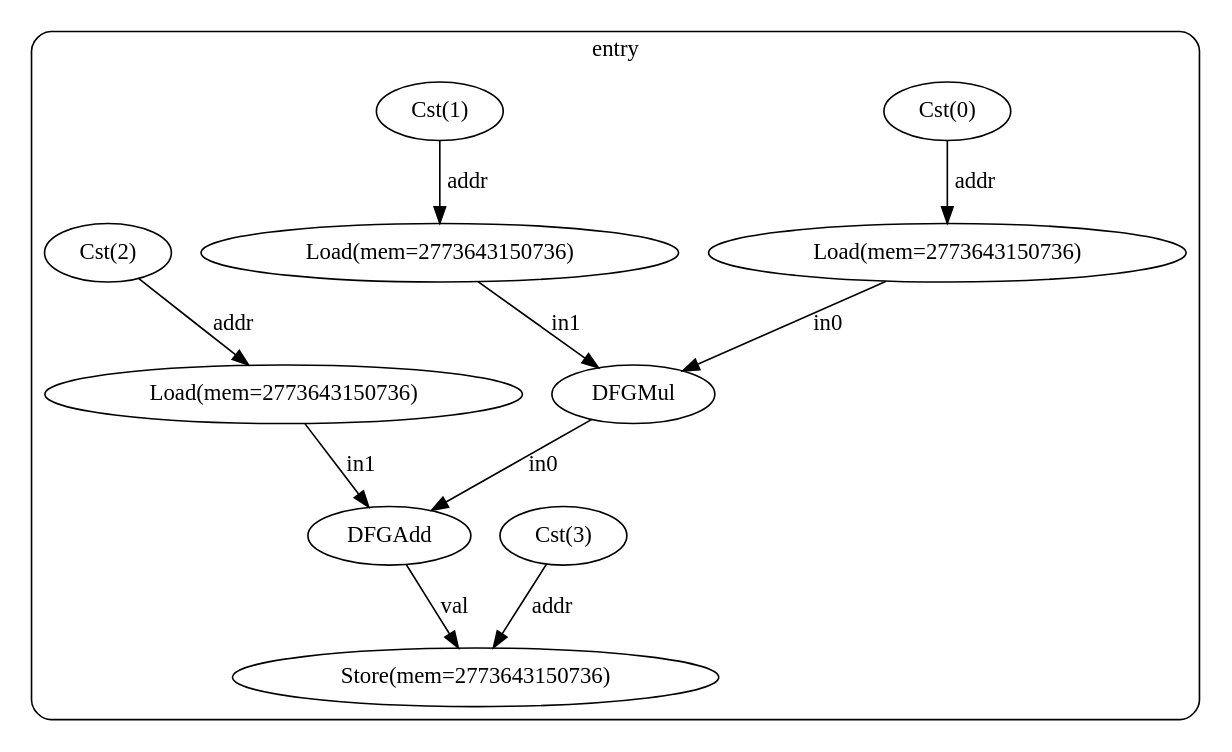
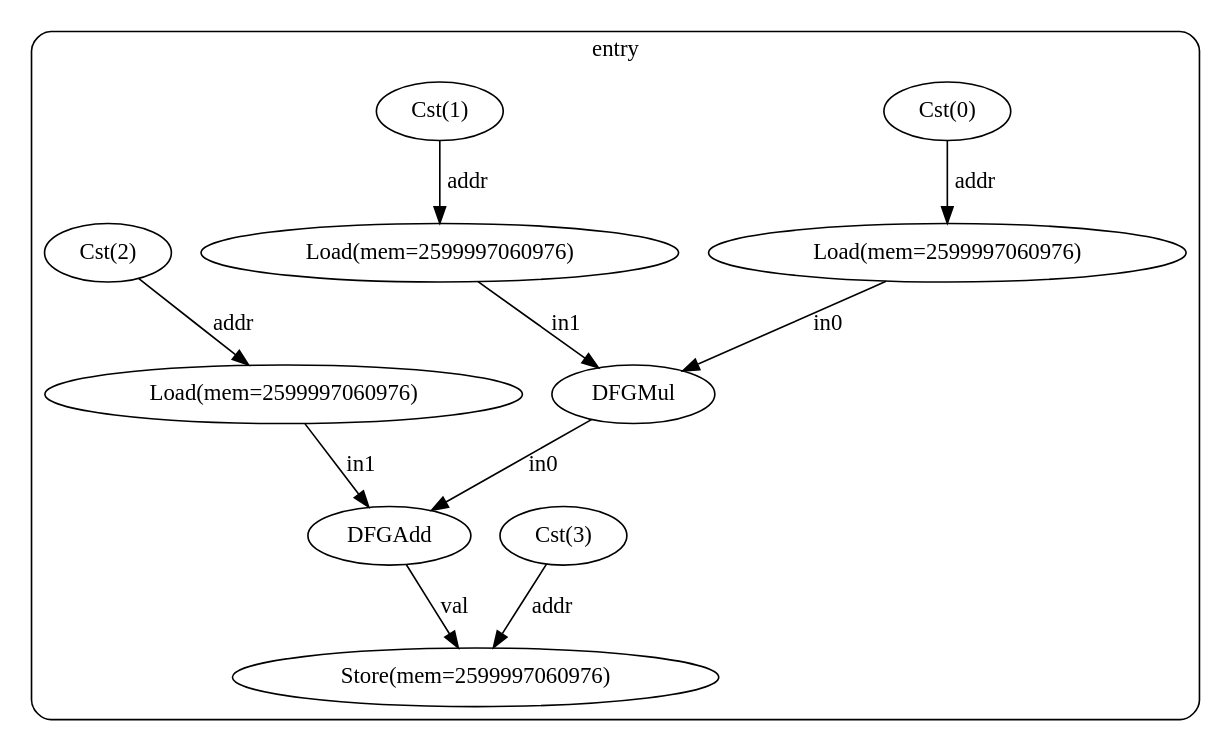
One commit to ma-carrillo/High-level-synthesis-assignment changed the diagram in test00/cfg_with_dfg.dot. Above: the diagram before and after it, drawn with Graphviz. The commit also changed 19 other files, not shown here.

```diff
--- a/test00/cfg_with_dfg.dot
+++ b/test00/cfg_with_dfg.dot
@@ -1,26 +1,26 @@
 digraph "cfg" {
   compound=true;
   subgraph "cluster_bb0" {
     label="entry";
     style=rounded;
     bb0_n0 [label="Cst(3)"];
     bb0_n1 [label="Cst(0)"];
-    bb0_n2 [label="Load(mem=2773643150736)"];
+    bb0_n2 [label="Load(mem=2599997060976)"];
     bb0_n3 [label="Cst(1)"];
-    bb0_n4 [label="Load(mem=2773643150736)"];
+    bb0_n4 [label="Load(mem=2599997060976)"];
     bb0_n5 [label="DFGMul"];
     bb0_n6 [label="Cst(2)"];
-    bb0_n7 [label="Load(mem=2773643150736)"];
+    bb0_n7 [label="Load(mem=2599997060976)"];
     bb0_n8 [label="DFGAdd"];
-    bb0_n9 [label="Store(mem=2773643150736)"];
+    bb0_n9 [label="Store(mem=2599997060976)"];
     bb0_n0 -> bb0_n9 [label="addr"];
     bb0_n1 -> bb0_n2 [label="addr"];
     bb0_n2 -> bb0_n5 [label="in0"];
     bb0_n3 -> bb0_n4 [label="addr"];
     bb0_n4 -> bb0_n5 [label="in1"];
     bb0_n5 -> bb0_n8 [label="in0"];
     bb0_n6 -> bb0_n7 [label="addr"];
     bb0_n7 -> bb0_n8 [label="in1"];
     bb0_n8 -> bb0_n9 [label="val"];
   }
 }
```
